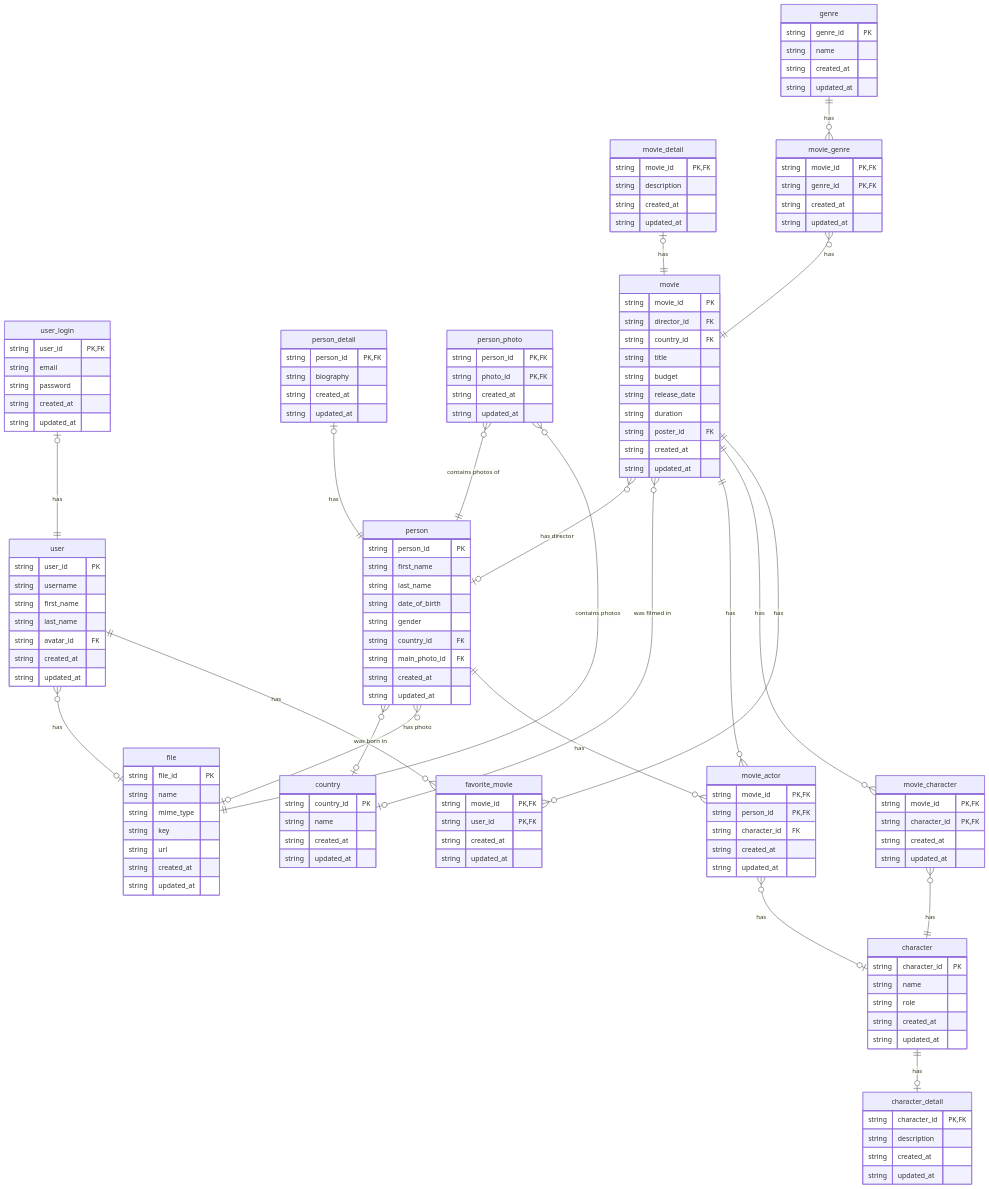
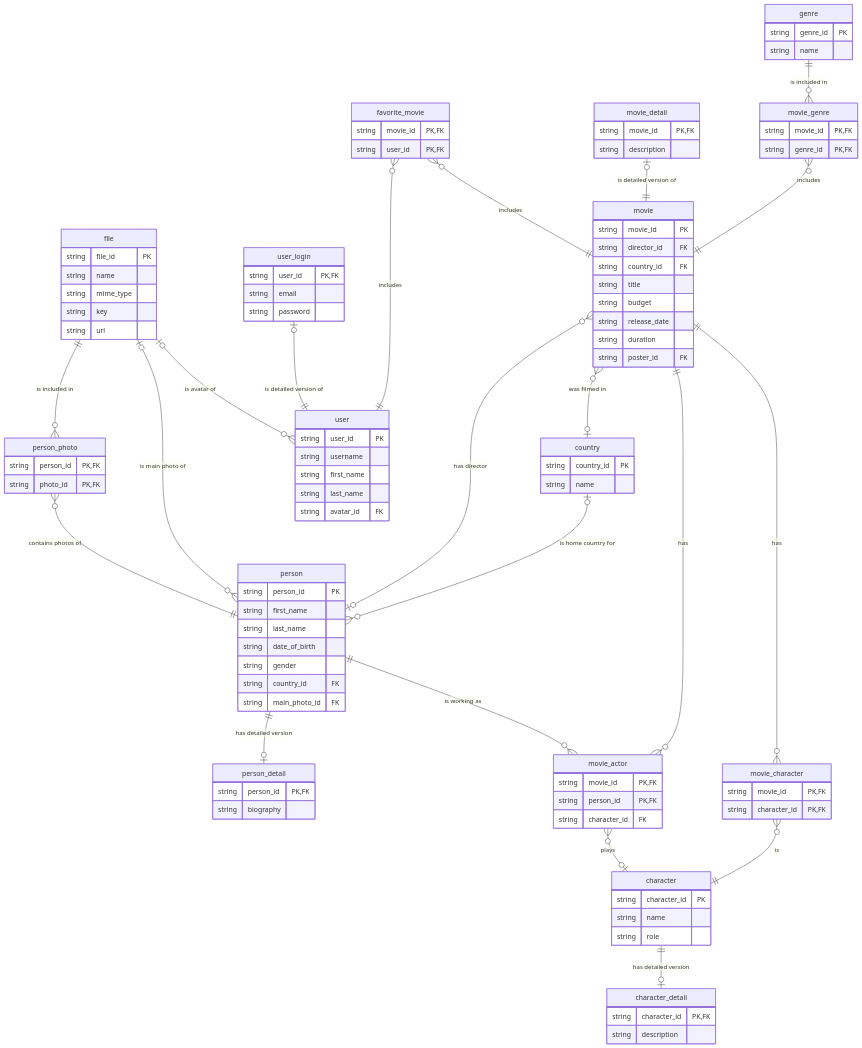
Before and after one commit to o-nedashkivska/movies-db: the diagram in README.md, drawn with Mermaid. The commit also changed other lines of this file, not shown here.

Commit message:
feat: update diagram

````diff
--- a/README.md
+++ b/README.md
@@ -6,8 +8,6 @@
         string mime_type
         string key
         string url
-        string created_at
-        string updated_at
     }
     user {
         string user_id PK
@@ -15,21 +15,15 @@
         string first_name
         string last_name
         string avatar_id FK
-        string created_at
-        string updated_at
     }
     user_login {
         string user_id PK, FK
         string email
         string password
-        string created_at
-        string updated_at
     }
     country {
         string country_id PK
         string name
-        string created_at
-        string updated_at
     }
     person {
         string person_id PK
@@ -39,20 +33,14 @@
         string gender
         string country_id FK
         string main_photo_id FK
-        string created_at
-        string updated_at
     }
     person_detail {
         string person_id PK, FK
         string biography
-        string created_at
-        string updated_at
     }
     person_photo {
         string person_id PK, FK
         string photo_id PK, FK
-        string created_at
-        string updated_at
     }
     movie {
         string movie_id PK
@@ -63,77 +51,59 @@
         string release_date
         string duration
         string poster_id FK
-        string created_at
-        string updated_at
+    }
+    favorite_movie {
+        string movie_id PK, FK
+        string user_id PK, FK
     }
     movie_detail {
         string movie_id PK, FK
         string description
-        string created_at
-        string updated_at
     }
     genre {
         string genre_id PK
         string name
-        string created_at
-        string updated_at
     }
     movie_genre {
         string movie_id PK, FK
         string genre_id PK, FK
-        string created_at
-        string updated_at
     }
     character {
         string character_id PK
         string name
         string role
-        string created_at
-        string updated_at
     }
     character_detail {
         string character_id PK, FK
         string description
-        string created_at
-        string updated_at
     }
     movie_actor {
         string movie_id PK, FK
         string person_id PK, FK
         string character_id FK
-        string created_at
-        string updated_at
     }
     movie_character {
         string movie_id PK, FK
         string character_id PK, FK
-        string created_at
-        string updated_at
     }
-    favorite_movie {
-        string movie_id PK, FK
-        string user_id PK, FK
-        string created_at
-        string updated_at
-    }
-    user o{--|o file : has
-    user_login |o--|| user : has
-    person o{--|o country : "was born in"
-    person o{--|o file : "has photo"
-    person_detail |o--|| person : has
+    user_login |o--|| user : "is detailed version of"
+    file ||--o{ person_photo : "is included in"
+    file |o--o{ person : "is main photo of"
+    file |o--o{ user : "is avatar of"
     person_photo }o--|| person : "contains photos of"
-    person_photo }o--|| file : "contains photos"
+    favorite_movie }o--|| user : "includes"
+    favorite_movie }o--|| movie : "includes"
+    movie_detail |o--|| movie : "is detailed version of"
+    genre ||--o{ movie_genre : "is included in"
+    movie_genre }o--|| movie : "includes"
+    person ||--o| person_detail : "has detailed version"
     movie }o--o| person : "has director"
+    country |o--o{ person : "is home country for"
     movie }o--o| country : "was filmed in"
-    movie_detail |o--|| movie : "has"
-    genre ||--o{ movie_genre : "has"
-    movie_genre }o--|| movie : "has"
-    character ||--o| character_detail : has
-    movie_actor }o--o| character : has
     movie ||--o{ movie_actor : has
-    person ||--o{ movie_actor : has
-    movie_character }o--|| character : has
     movie ||--o{ movie_character : has
-    movie ||--o{ favorite_movie : "has"
-    user ||--o{ favorite_movie : "has"
+    person ||--o{ movie_actor : "is working as"
+    movie_actor }o--o| character : plays
+    movie_character }o--|| character : is
+    character ||--o| character_detail : "has detailed version"
 ```
````
